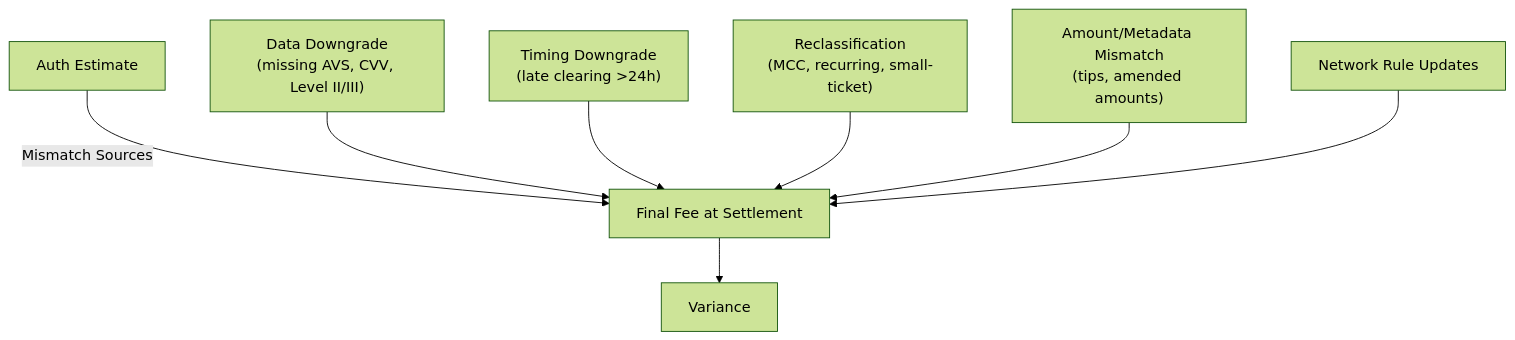
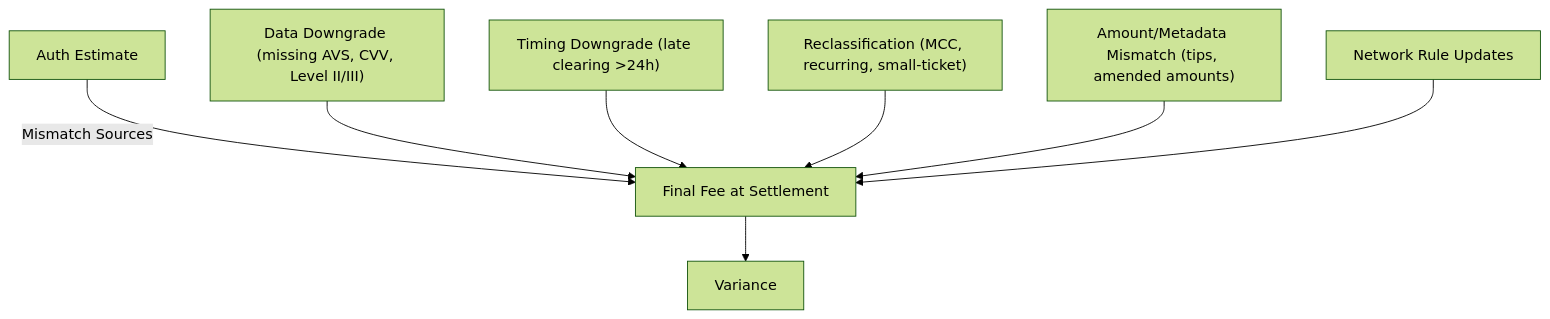
One commit to sumahiremath/buildtales changed the second of 4 diagrams in _posts/2025-09-01-failure-modes-interchange-fee-reconciliation.md. Above: the diagram before and after it, drawn with Mermaid (forest theme). The commit also changed other lines of this file, not shown here.

````diff
--- a/_posts/2025-09-01-failure-modes-interchange-fee-reconciliation.md
+++ b/_posts/2025-09-01-failure-modes-interchange-fee-reconciliation.md
@@ -101,21 +127,17 @@
 ```mermaid
 graph TD
   A[Auth Estimate] -->|Mismatch Sources| B[Final Fee at Settlement]
   B --> D[Variance]
 
-  A1["Data Downgrade
-(missing AVS, CVV, Level II/III)"]
-  A2["Timing Downgrade
-(late clearing >24h)"]
-  A3["Reclassification
-(MCC, recurring, small-ticket)"]
-  A4["Amount/Metadata Mismatch
-(tips, amended amounts)"]
+  A1["Data Downgrade (missing AVS, CVV, Level II/III)"]
+  A2["Timing Downgrade (late clearing >24h)"]
+  A3["Reclassification (MCC, recurring, small-ticket)"]
+  A4["Amount/Metadata Mismatch (tips, amended amounts)"]
   A5["Network Rule Updates"]
 
   A1 --> B
   A2 --> B
   A3 --> B
   A4 --> B
   A5 --> B
 ```
````
